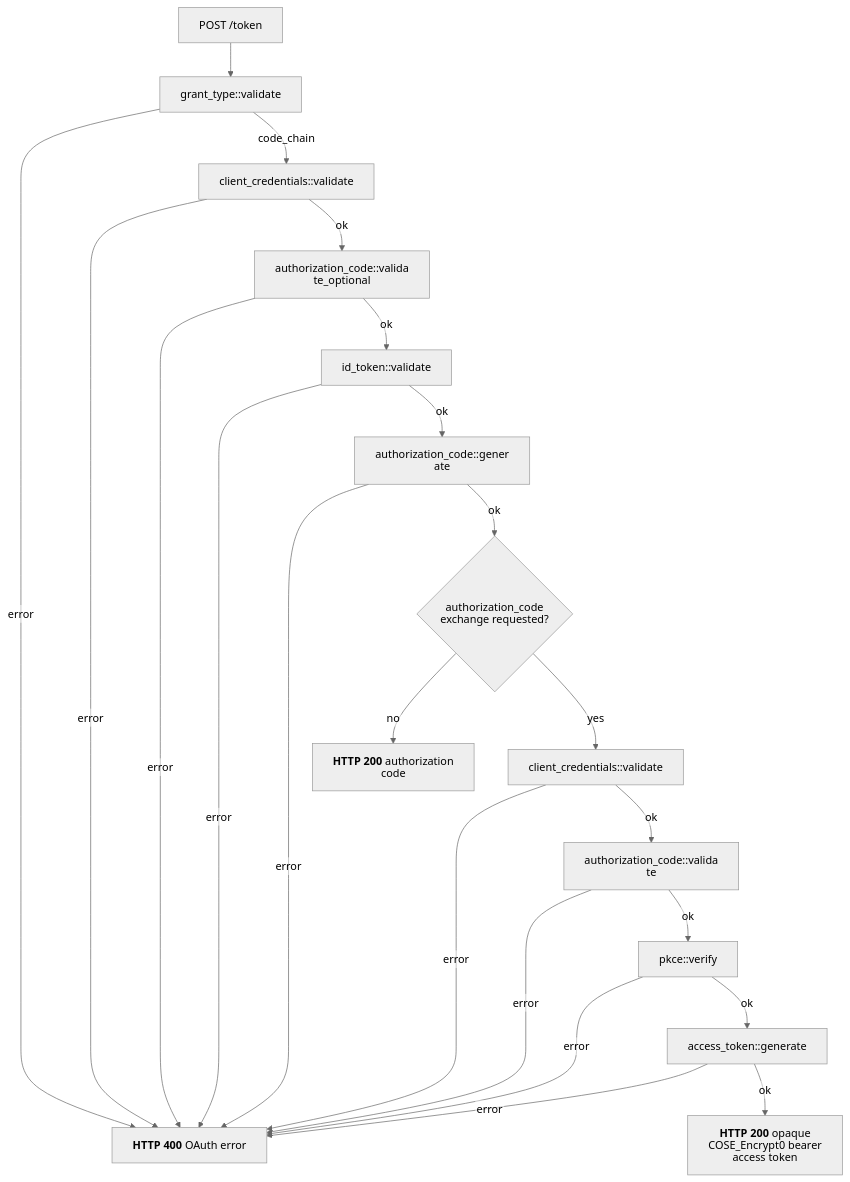
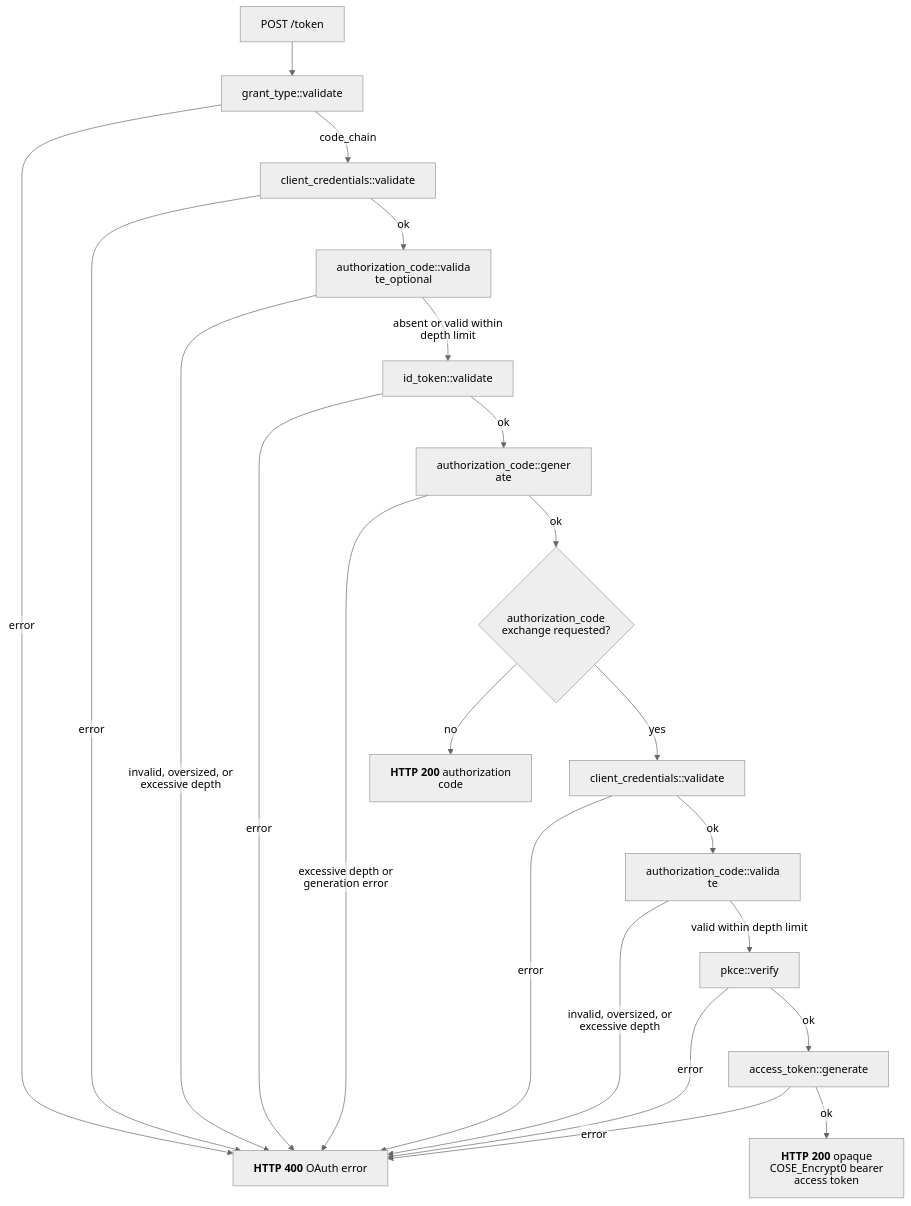
Before and after one commit to malach-it/kagome: the diagram in docs/flows/oauth/code_chain.mmd, drawn with Mermaid (neutral theme). The commit also changed 25 other files, not shown here.

```diff
--- a/docs/flows/oauth/code_chain.mmd
+++ b/docs/flows/oauth/code_chain.mmd
@@ -1,23 +1,23 @@
 %%{init: {"htmlLabels": false, "flowchart": {"htmlLabels": false}}}%%
 flowchart TD
     start[POST /token] --> grant["grant_type::validate"]
     grant -- error --> oauth_error["`**HTTP 400** OAuth error`"]
     grant -- code_chain --> client["client_credentials::validate"]
     client -- error --> oauth_error
     client -- ok --> previous["authorization_code::validate_optional"]
-    previous -- error --> oauth_error
-    previous -- ok --> id_token["id_token::validate"]
+    previous -- invalid, oversized, or excessive depth --> oauth_error
+    previous -- absent or valid within depth limit --> id_token["id_token::validate"]
     id_token -- error --> oauth_error
     id_token -- ok --> issue["authorization_code::generate"]
-    issue -- error --> oauth_error
+    issue -- excessive depth or generation error --> oauth_error
     issue -- ok --> combined{authorization_code exchange requested?}
     combined -- no --> code_success["`**HTTP 200** authorization code`"]
     combined -- yes --> exchange_client["client_credentials::validate"]
     exchange_client -- error --> oauth_error
     exchange_client -- ok --> exchange_code["authorization_code::validate"]
-    exchange_code -- error --> oauth_error
-    exchange_code -- ok --> pkce["pkce::verify"]
+    exchange_code -- invalid, oversized, or excessive depth --> oauth_error
+    exchange_code -- valid within depth limit --> pkce["pkce::verify"]
     pkce -- error --> oauth_error
     pkce -- ok --> access["access_token::generate"]
     access -- error --> oauth_error
     access -- ok --> token_success["`**HTTP 200** opaque COSE_Encrypt0 bearer access token`"]
```
